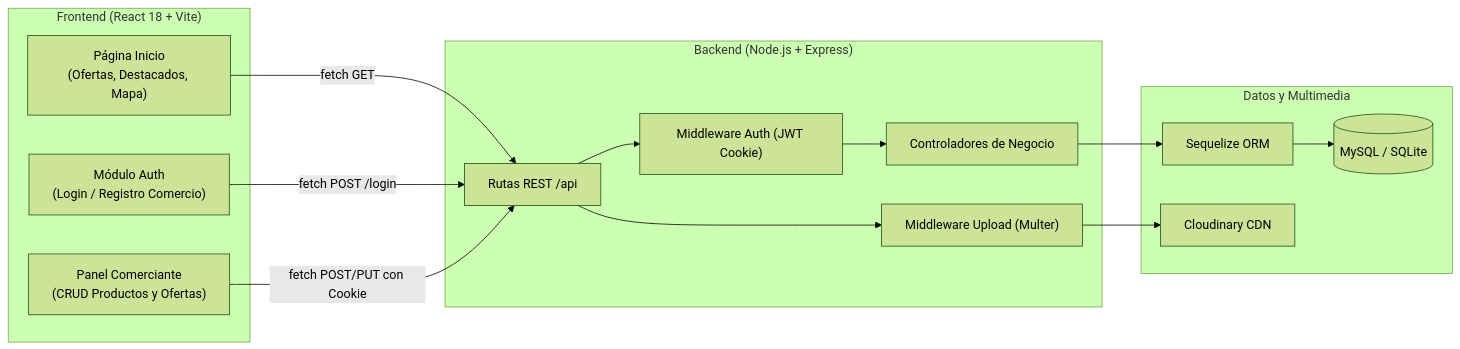
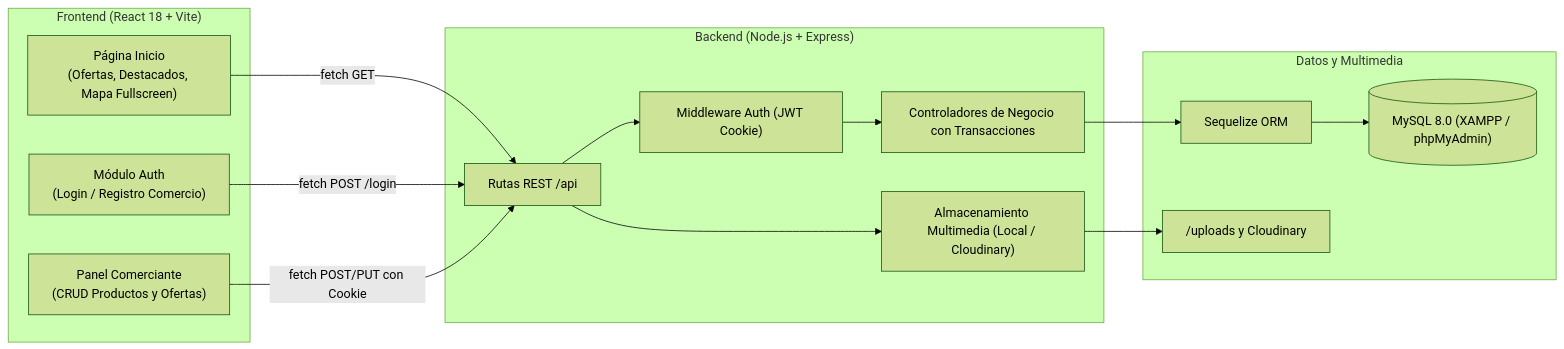
One commit to AguirreAna/Spot-Market changed the diagram in GUIA_DEFENSA_Y_ARQUITECTURA.md. Above: the diagram before and after it, drawn with Mermaid (forest theme). The commit also changed other lines of this file and 21 other files, not shown here.

Commit message:
feat: incorporar tipo de comercio (minorista/mayorista), 27 categorias A-Z, mapa pantalla completa y soporte nativo MySQL XAMPP con .env

````diff
--- a/GUIA_DEFENSA_Y_ARQUITECTURA.md
+++ b/GUIA_DEFENSA_Y_ARQUITECTURA.md
@@ -29,28 +30,28 @@
 ```mermaid
 flowchart LR
     subgraph Cliente["Frontend (React 18 + Vite)"]
-        UI_Home["Página Inicio<br/>(Ofertas, Destacados, Mapa)"]
+        UI_Home["Página Inicio<br/>(Ofertas, Destacados, Mapa Fullscreen)"]
         UI_Auth["Módulo Auth<br/>(Login / Registro Comercio)"]
         UI_Panel["Panel Comerciante<br/>(CRUD Productos y Ofertas)"]
     end
 
     subgraph Servidor["Backend (Node.js + Express)"]
         API["Rutas REST /api"]
         AuthMid["Middleware Auth (JWT Cookie)"]
-        MulterMid["Middleware Upload (Multer)"]
-        Controller["Controladores de Negocio"]
+        UploadMid["Almacenamiento Multimedia (Local / Cloudinary)"]
+        Controller["Controladores de Negocio con Transacciones"]
     end
 
     subgraph Persistencia["Datos y Multimedia"]
         ORM["Sequelize ORM"]
-        DB[("MySQL / SQLite")]
-        Cloud["Cloudinary CDN"]
+        DB[("MySQL 8.0 (XAMPP / phpMyAdmin)")]
+        Storage["/uploads y Cloudinary"]
     end
 
     UI_Home -->|fetch GET| API
     UI_Auth -->|fetch POST /login| API
     UI_Panel -->|fetch POST/PUT con Cookie| API
     API --> AuthMid --> Controller
-    API --> MulterMid --> Cloud
+    API --> UploadMid --> Storage
     Controller --> ORM --> DB
 ```
````
